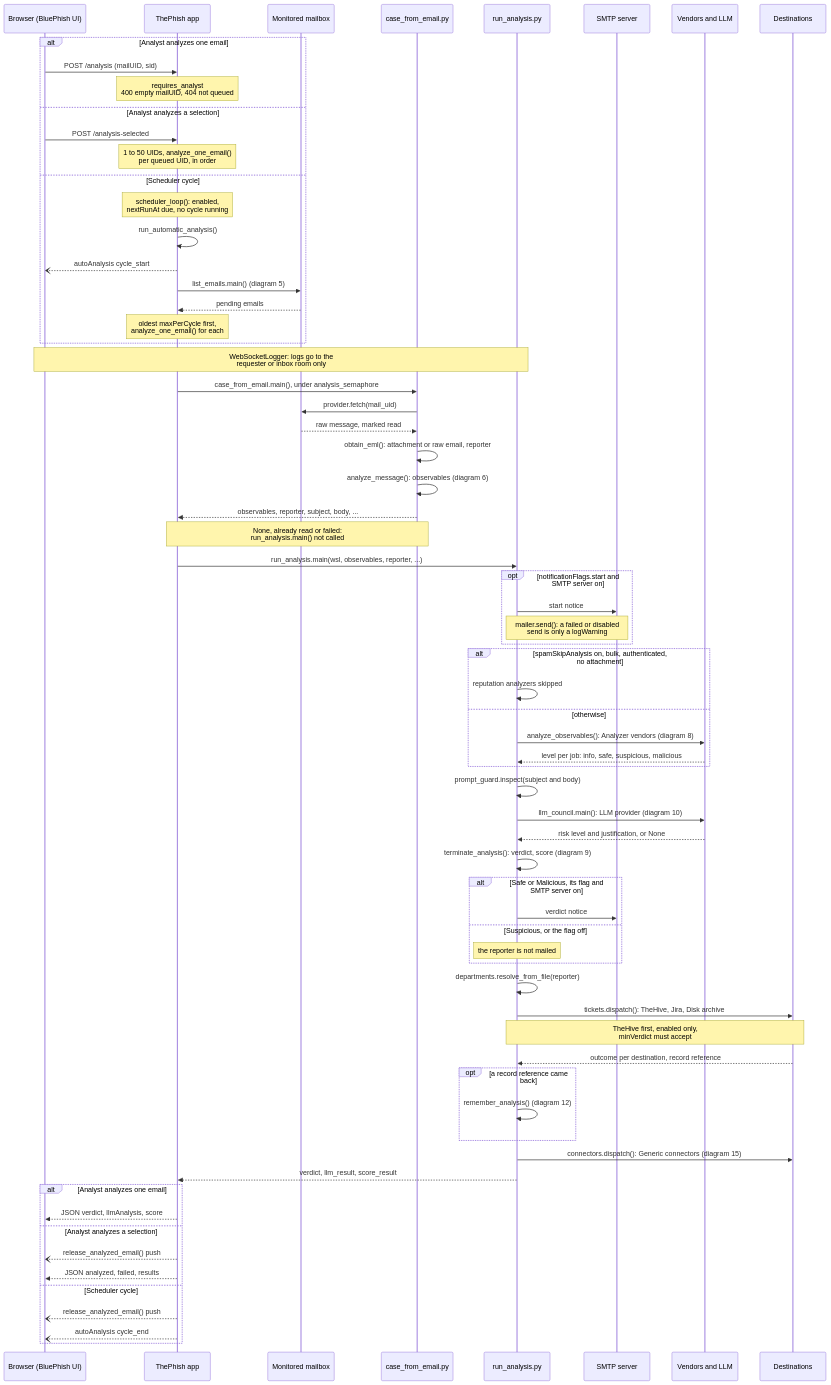
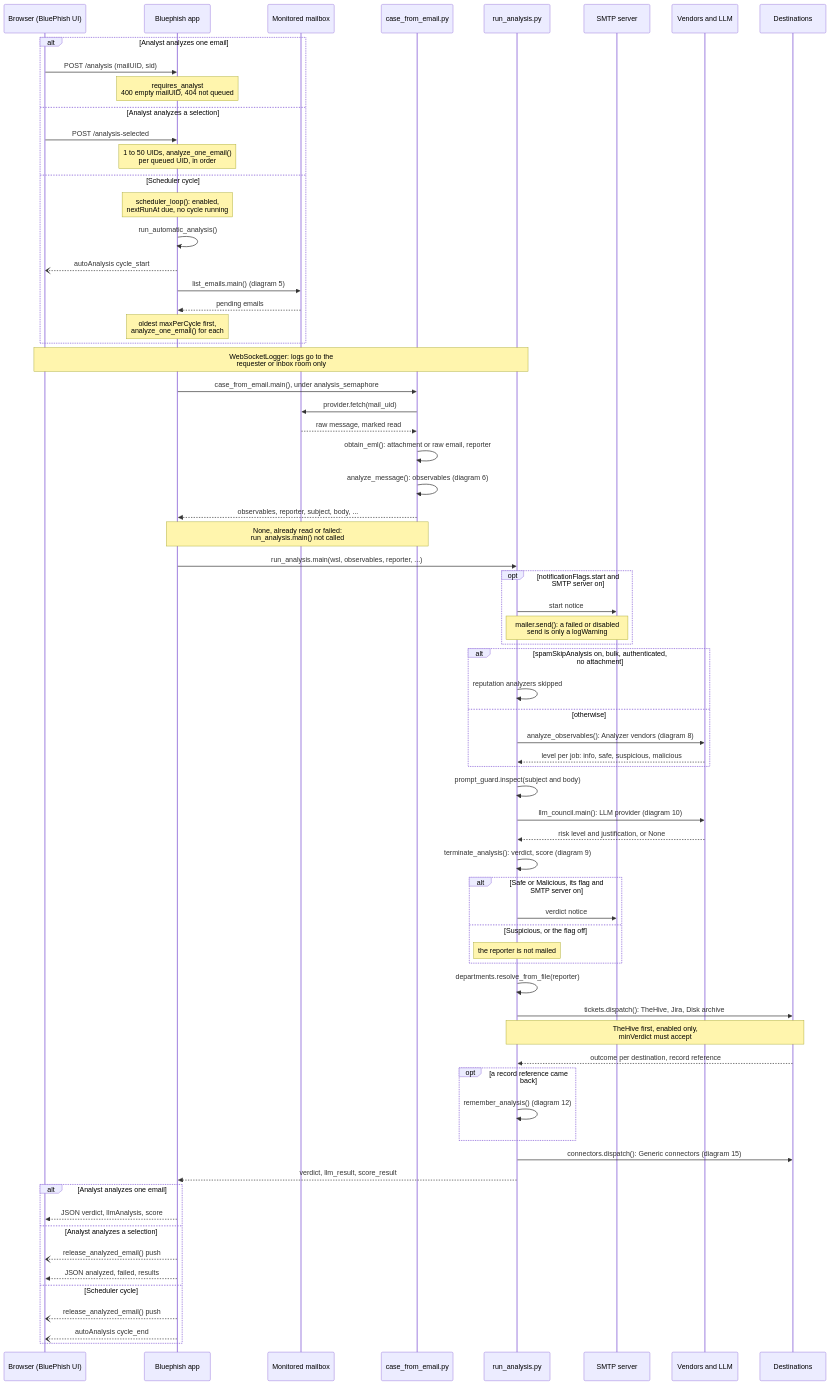
Before and after one commit to zalvs/Bluephish: the fourth of 16 diagrams in diagrams.md, drawn with Mermaid. The commit also changed other lines of this file and 26 other files, not shown here.

````diff
--- a/diagrams.md
+++ b/diagrams.md
@@ -344,72 +327,72 @@
 ```mermaid
 sequenceDiagram
     participant Browser as Browser (BluePhish UI)
-    participant App as ThePhish app
+    participant App as Bluephish app
     participant Mailbox as Monitored mailbox
     participant CFE as case_from_email.py
     participant RA as run_analysis.py
     participant SMTP as SMTP server
     participant Ext as Vendors and LLM
     participant Dest as Destinations
 
     alt Analyst analyzes one email
         Browser->>App: POST /analysis (mailUID, sid)
         Note over App: requires_analyst<br/>400 empty mailUID, 404 not queued
     else Analyst analyzes a selection
         Browser->>App: POST /analysis-selected
         Note over App: 1 to 50 UIDs, analyze_one_email()<br/>per queued UID, in order
     else Scheduler cycle
         Note over App: scheduler_loop(): enabled,<br/>nextRunAt due, no cycle running
         App->>App: run_automatic_analysis()
         App--)Browser: autoAnalysis cycle_start
         App->>Mailbox: list_emails.main() (diagram 5)
         Mailbox-->>App: pending emails
         Note over App: oldest maxPerCycle first,<br/>analyze_one_email() for each
     end
     Note over Browser,RA: WebSocketLogger: logs go to the<br/>requester or inbox room only
     App->>CFE: case_from_email.main(), under analysis_semaphore
     CFE->>Mailbox: provider.fetch(mail_uid)
     Mailbox-->>CFE: raw message, marked read
     CFE->>CFE: obtain_eml(): attachment or raw email, reporter
     CFE->>CFE: analyze_message(): observables (diagram 6)
     CFE-->>App: observables, reporter, subject, body, ...
     Note over App,CFE: None, already read or failed:<br/>run_analysis.main() not called
     App->>RA: run_analysis.main(wsl, observables, reporter, ...)
     opt notificationFlags.start and SMTP server on
         RA->>SMTP: start notice
         Note over RA,SMTP: mailer.send(): a failed or disabled<br/>send is only a logWarning
     end
     alt spamSkipAnalysis on, bulk, authenticated,<br/>no attachment
         RA->>RA: reputation analyzers skipped
     else otherwise
         RA->>Ext: analyze_observables(): Analyzer vendors (diagram 8)
         Ext-->>RA: level per job: info, safe, suspicious, malicious
     end
     RA->>RA: prompt_guard.inspect(subject and body)
     RA->>Ext: llm_council.main(): LLM provider (diagram 10)
     Ext-->>RA: risk level and justification, or None
     RA->>RA: terminate_analysis(): verdict, score (diagram 9)
     alt Safe or Malicious, its flag and SMTP server on
         RA->>SMTP: verdict notice
     else Suspicious, or the flag off
         Note over RA: the reporter is not mailed
     end
     RA->>RA: departments.resolve_from_file(reporter)
     RA->>Dest: tickets.dispatch(): TheHive, Jira, Disk archive
     Note over RA,Dest: TheHive first, enabled only,<br/>minVerdict must accept
     Dest-->>RA: outcome per destination, record reference
     opt a record reference came back
         RA->>RA: remember_analysis() (diagram 12)
     end
     RA->>Dest: connectors.dispatch(): Generic connectors (diagram 15)
     RA-->>App: verdict, llm_result, score_result
     alt Analyst analyzes one email
         App-->>Browser: JSON verdict, llmAnalysis, score
     else Analyst analyzes a selection
         App--)Browser: release_analyzed_email() push
         App-->>Browser: JSON analyzed, failed, results
     else Scheduler cycle
         App--)Browser: release_analyzed_email() push
         App--)Browser: autoAnalysis cycle_end
     end
 ```
````
